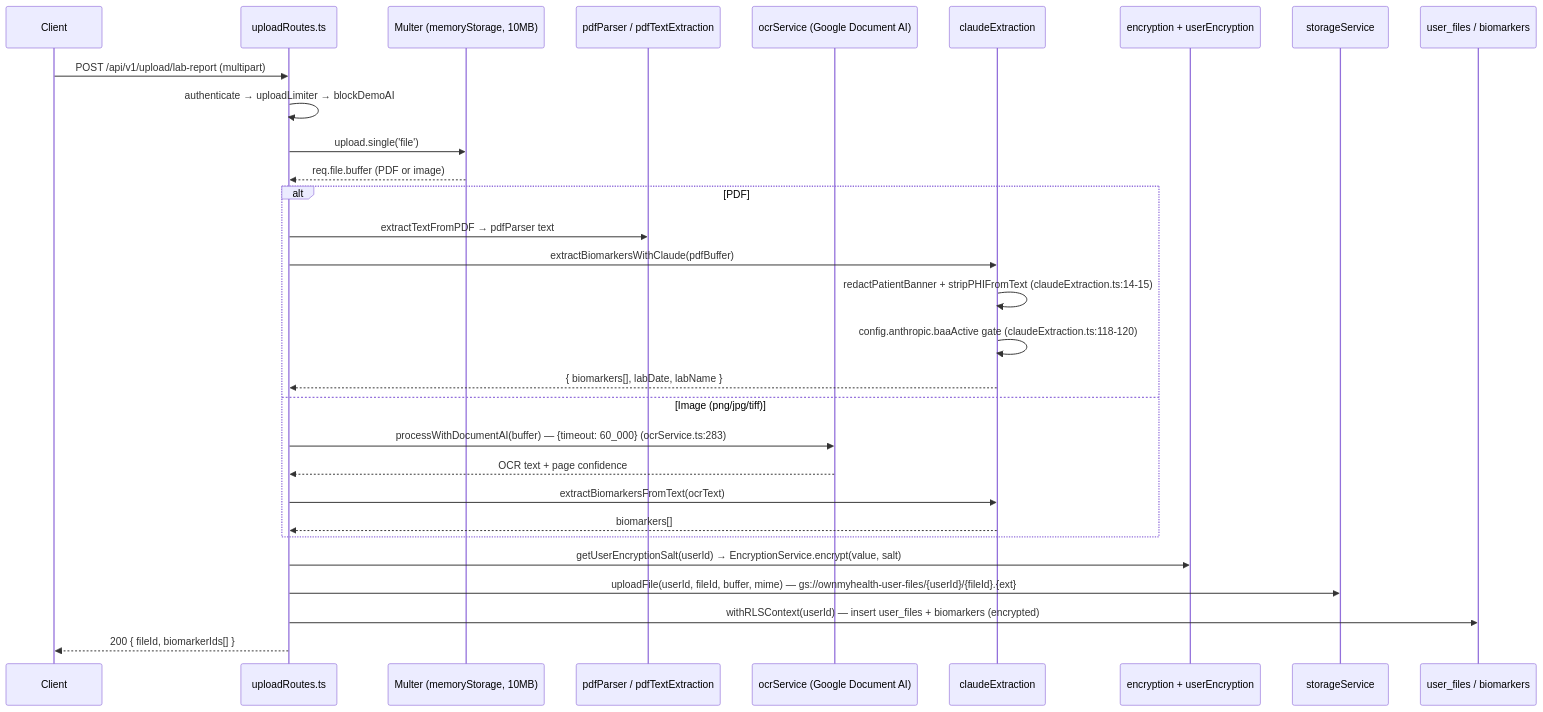
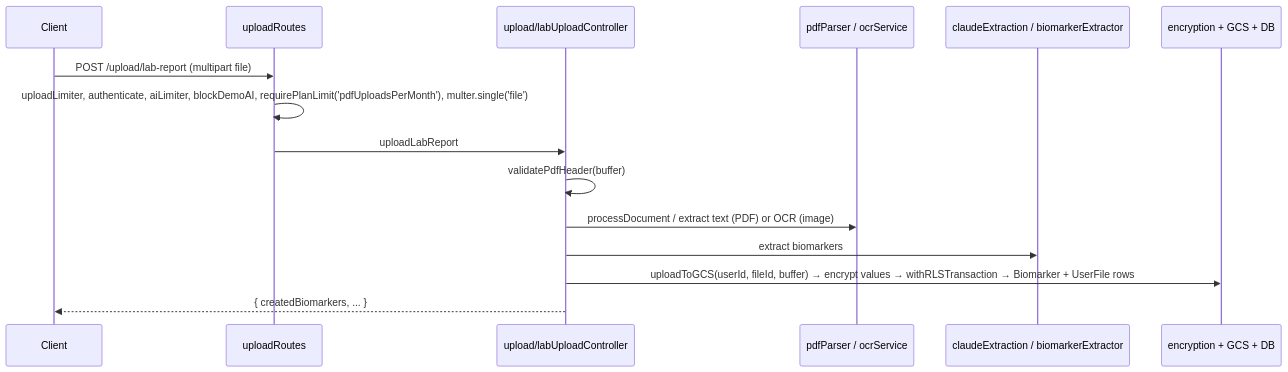
The eighth of 10 diagrams in New Project Documents/ARCHITECTURE.md (breilly1296/OwnMyHealth-Claude), drawn with Mermaid before and after one commit. The commit also changed other lines of this file and 57 other files, not shown here.

````diff
--- a/New Project Documents/ARCHITECTURE.md
+++ b/New Project Documents/ARCHITECTURE.md
@@ -545,33 +544,17 @@
 ```mermaid
 sequenceDiagram
   participant C as Client
-  participant U as uploadRoutes.ts
-  participant M as Multer (memoryStorage, 10MB)
-  participant Pd as pdfParser / pdfTextExtraction
-  participant O as ocrService (Google Document AI)
-  participant Cl as claudeExtraction
-  participant E as encryption + userEncryption
-  participant GCS as storageService
-  participant DB as user_files / biomarkers
-
-  C->>U: POST /api/v1/upload/lab-report (multipart)
-  U->>U: authenticate → uploadLimiter → blockDemoAI
-  U->>M: upload.single('file')
-  M-->>U: req.file.buffer (PDF or image)
-  alt PDF
-    U->>Pd: extractTextFromPDF → pdfParser text
-    U->>Cl: extractBiomarkersWithClaude(pdfBuffer)
-    Cl->>Cl: redactPatientBanner + stripPHIFromText (claudeExtraction.ts:14-15)
-    Cl->>Cl: config.anthropic.baaActive gate (claudeExtraction.ts:118-120)
-    Cl-->>U: { biomarkers[], labDate, labName }
-  else Image (png/jpg/tiff)
-    U->>O: processWithDocumentAI(buffer) — {timeout: 60_000} (ocrService.ts:283)
-    O-->>U: OCR text + page confidence
-    U->>Cl: extractBiomarkersFromText(ocrText)
-    Cl-->>U: biomarkers[]
-  end
-  U->>E: getUserEncryptionSalt(userId) → EncryptionService.encrypt(value, salt)
-  U->>GCS: uploadFile(userId, fileId, buffer, mime) — gs://ownmyhealth-user-files/{userId}/{fileId}.{ext}
-  U->>DB: withRLSContext(userId) — insert user_files + biomarkers (encrypted)
-  U-->>C: 200 { fileId, biomarkerIds[] }
+  participant R as uploadRoutes
+  participant Ctl as upload/labUploadController
+  participant P as pdfParser / ocrService
+  participant X as claudeExtraction / biomarkerExtractor
+  participant E as encryption + GCS + DB
+  C->>R: POST /upload/lab-report (multipart file)
+  R->>R: uploadLimiter, authenticate, aiLimiter, blockDemoAI, requirePlanLimit('pdfUploadsPerMonth'), multer.single('file')
+  R->>Ctl: uploadLabReport
+  Ctl->>Ctl: validatePdfHeader(buffer)
+  Ctl->>P: processDocument / extract text (PDF) or OCR (image)
+  Ctl->>X: extract biomarkers
+  Ctl->>E: uploadToGCS(userId, fileId, buffer) → encrypt values → withRLSTransaction → Biomarker + UserFile rows
+  Ctl-->>C: { createdBiomarkers, ... }
 ```
````
